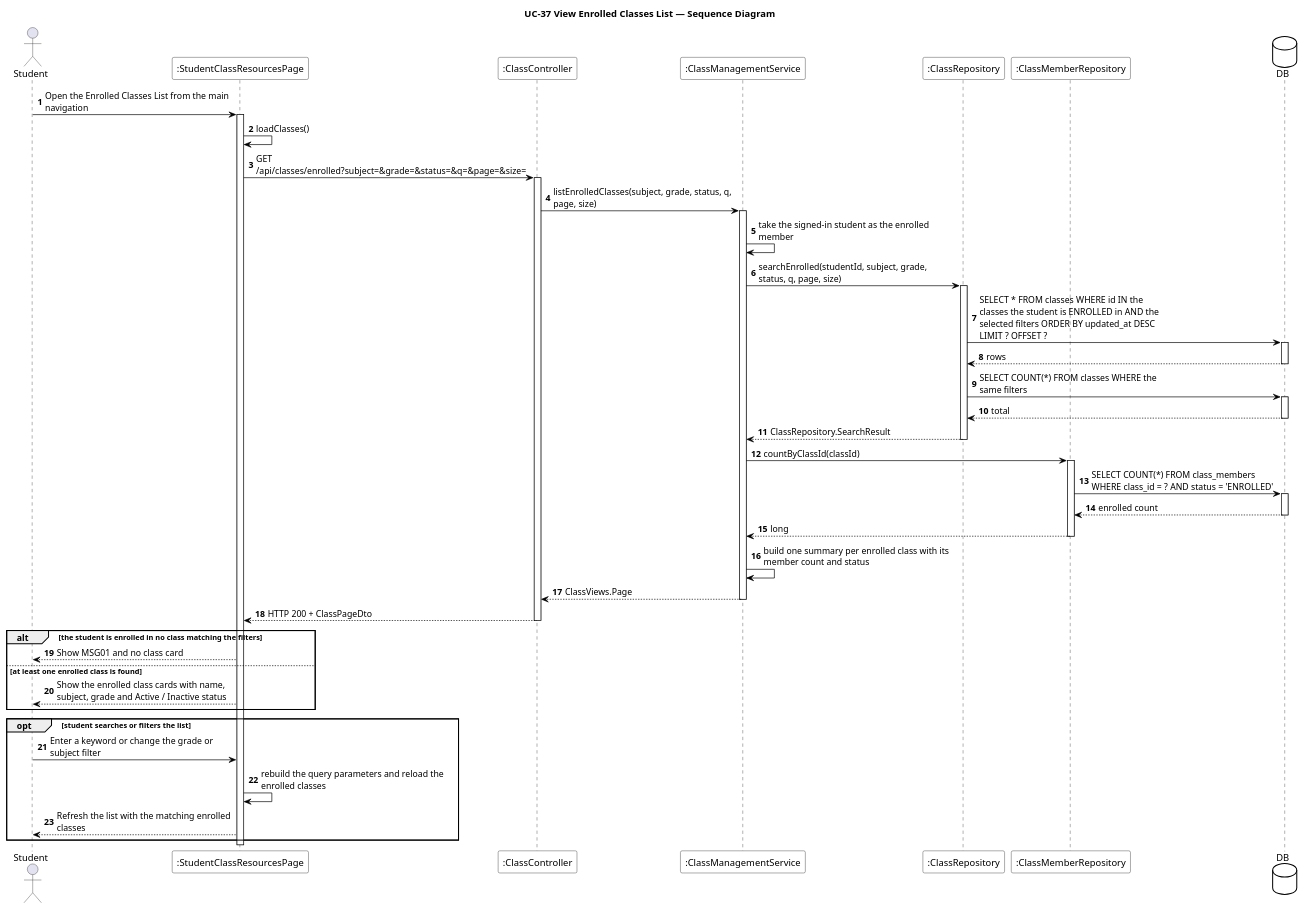
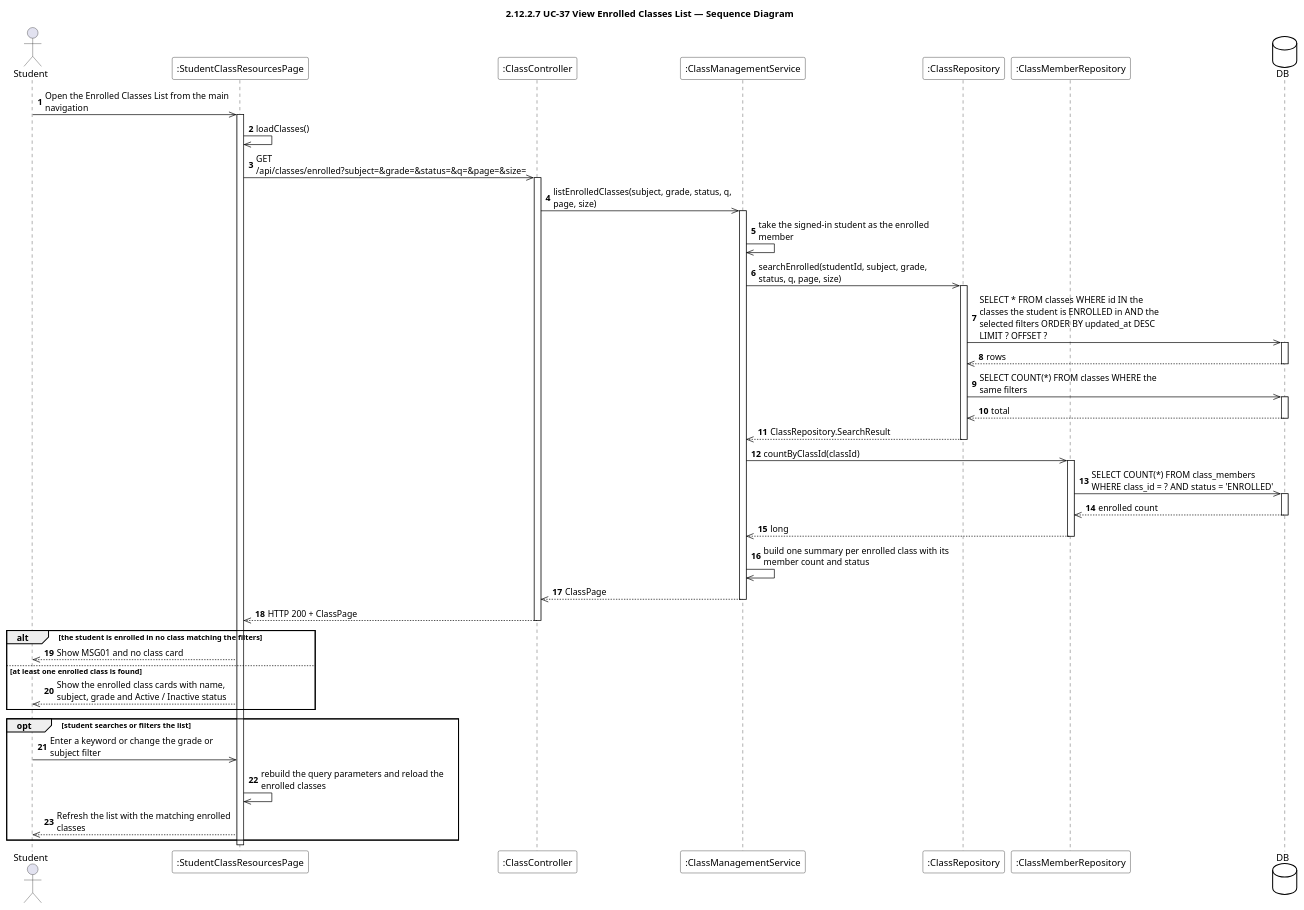
The diagram in designs/sds-diagrams/uc37/uc37_sequence.puml (EduA-system/EduA-system), drawn with PlantUML before and after one commit. The commit also changed 585 other files, not shown here.

Commit message:
hình sequence diagram mới

```diff
--- a/designs/sds-diagrams/uc37/uc37_sequence.puml
+++ b/designs/sds-diagrams/uc37/uc37_sequence.puml
@@ -1,68 +1,68 @@
 @startuml UC-37 View Enrolled Classes List - Sequence Diagram
 skinparam defaultFontName "Segoe UI"
 skinparam shadowing false
 skinparam ParticipantBackgroundColor #FFFFFF
 skinparam ParticipantBorderColor #000000
 skinparam DatabaseBackgroundColor #FFFFFF
 skinparam DatabaseBorderColor #000000
 skinparam ArrowColor #000000
 skinparam sequenceMessageAlign left
 skinparam maxMessageSize 280
-title UC-37 View Enrolled Classes List — Sequence Diagram
+title 2.12.2.7 UC-37 View Enrolled Classes List — Sequence Diagram
 
 actor Student
 participant ":StudentClassResourcesPage" as UI
 participant ":ClassController" as CTL
 participant ":ClassManagementService" as SVC
 participant ":ClassRepository" as REPO
 participant ":ClassMemberRepository" as MEM
 database DB
 
 autonumber
-Student -> UI : Open the Enrolled Classes List from the main navigation
+Student ->> UI : Open the Enrolled Classes List from the main navigation
 activate UI
-UI -> UI : loadClasses()
-UI -> CTL : GET /api/classes/enrolled?subject=&grade=&status=&q=&page=&size=
+UI ->> UI : loadClasses()
+UI ->> CTL : GET /api/classes/enrolled?subject=&grade=&status=&q=&page=&size=
 activate CTL
-CTL -> SVC : listEnrolledClasses(subject, grade, status, q, page, size)
+CTL ->> SVC : listEnrolledClasses(subject, grade, status, q, page, size)
 activate SVC
-SVC -> SVC : take the signed-in student as the enrolled member
-SVC -> REPO : searchEnrolled(studentId, subject, grade, status, q, page, size)
+SVC ->> SVC : take the signed-in student as the enrolled member
+SVC ->> REPO : searchEnrolled(studentId, subject, grade, status, q, page, size)
 activate REPO
-REPO -> DB : SELECT * FROM classes WHERE id IN the classes the student is ENROLLED in AND the selected filters ORDER BY updated_at DESC LIMIT ? OFFSET ?
+REPO ->> DB : SELECT * FROM classes WHERE id IN the classes the student is ENROLLED in AND the selected filters ORDER BY updated_at DESC LIMIT ? OFFSET ?
 activate DB
-DB --> REPO : rows
+DB -->> REPO : rows
 deactivate DB
-REPO -> DB : SELECT COUNT(*) FROM classes WHERE the same filters
+REPO ->> DB : SELECT COUNT(*) FROM classes WHERE the same filters
 activate DB
-DB --> REPO : total
+DB -->> REPO : total
 deactivate DB
-REPO --> SVC : ClassRepository.SearchResult
+REPO -->> SVC : ClassRepository.SearchResult
 deactivate REPO
-SVC -> MEM : countByClassId(classId)
+SVC ->> MEM : countByClassId(classId)
 activate MEM
-MEM -> DB : SELECT COUNT(*) FROM class_members WHERE class_id = ? AND status = 'ENROLLED'
+MEM ->> DB : SELECT COUNT(*) FROM class_members WHERE class_id = ? AND status = 'ENROLLED'
 activate DB
-DB --> MEM : enrolled count
+DB -->> MEM : enrolled count
 deactivate DB
-MEM --> SVC : long
+MEM -->> SVC : long
 deactivate MEM
-SVC -> SVC : build one summary per enrolled class with its member count and status
-SVC --> CTL : ClassViews.Page
+SVC ->> SVC : build one summary per enrolled class with its member count and status
+SVC -->> CTL : ClassPage
 deactivate SVC
-CTL --> UI : HTTP 200 + ClassPageDto
+CTL -->> UI : HTTP 200 + ClassPage
 deactivate CTL
 
 alt the student is enrolled in no class matching the filters
-  UI --> Student : Show MSG01 and no class card
+  UI -->> Student : Show MSG01 and no class card
 else at least one enrolled class is found
-  UI --> Student : Show the enrolled class cards with name, subject, grade and Active / Inactive status
+  UI -->> Student : Show the enrolled class cards with name, subject, grade and Active / Inactive status
 end
 
 opt student searches or filters the list
-  Student -> UI : Enter a keyword or change the grade or subject filter
-  UI -> UI : rebuild the query parameters and reload the enrolled classes
-  UI --> Student : Refresh the list with the matching enrolled classes
+  Student ->> UI : Enter a keyword or change the grade or subject filter
+  UI ->> UI : rebuild the query parameters and reload the enrolled classes
+  UI -->> Student : Refresh the list with the matching enrolled classes
 end
 deactivate UI
 @enduml
```
